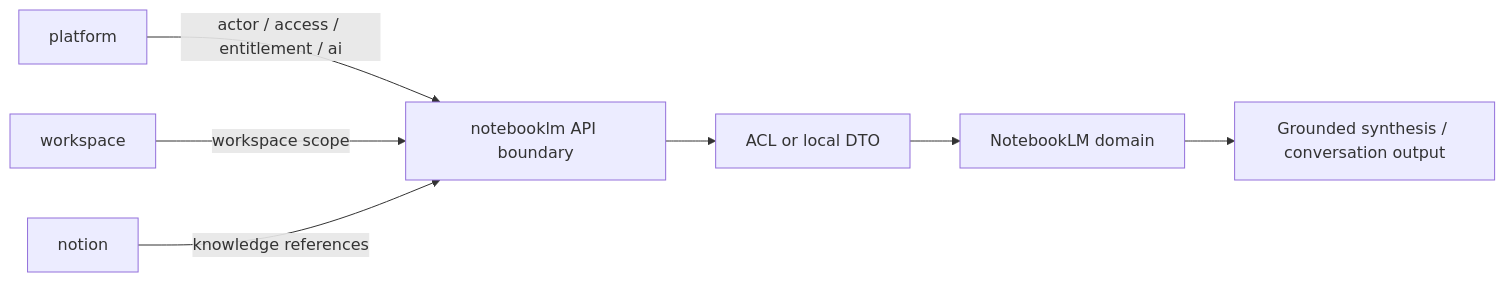
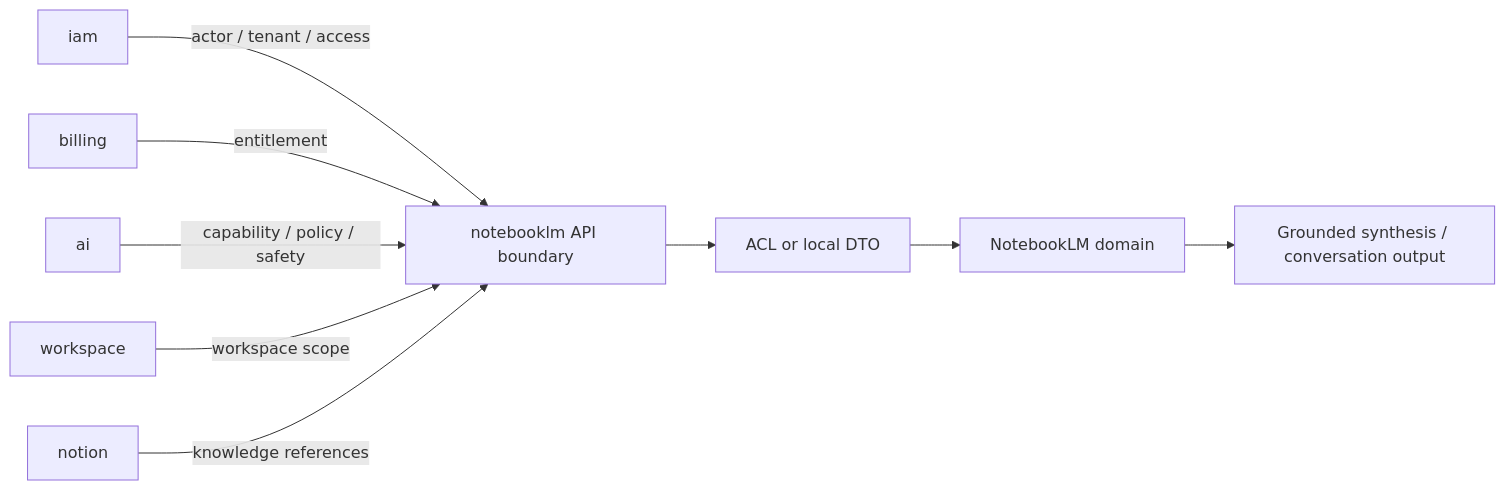
The second of 2 diagrams in docs/contexts/notebooklm/context-map.md (122sp7/xuanwu-app), drawn with Mermaid before and after one commit. The commit also changed other lines of this file and 25 other files, not shown here.

````diff
--- a/docs/contexts/notebooklm/context-map.md
+++ b/docs/contexts/notebooklm/context-map.md
@@ -55,9 +57,11 @@
 ```mermaid
 flowchart LR
-	Platform["platform"] -->|actor / access / entitlement / ai| Boundary["notebooklm API boundary"]
+	IAM["iam"] -->|actor / tenant / access| Boundary["notebooklm API boundary"]
+	Billing["billing"] -->|entitlement| Boundary
+	AI["ai"] -->|capability / policy / safety| Boundary
 	Workspace["workspace"] -->|workspace scope| Boundary
 	Notion["notion"] -->|knowledge references| Boundary
 	Boundary --> ACL["ACL or local DTO"]
 	ACL --> Domain["NotebookLM domain"]
 	Domain --> Result["Grounded synthesis / conversation output"]
 ```
````
